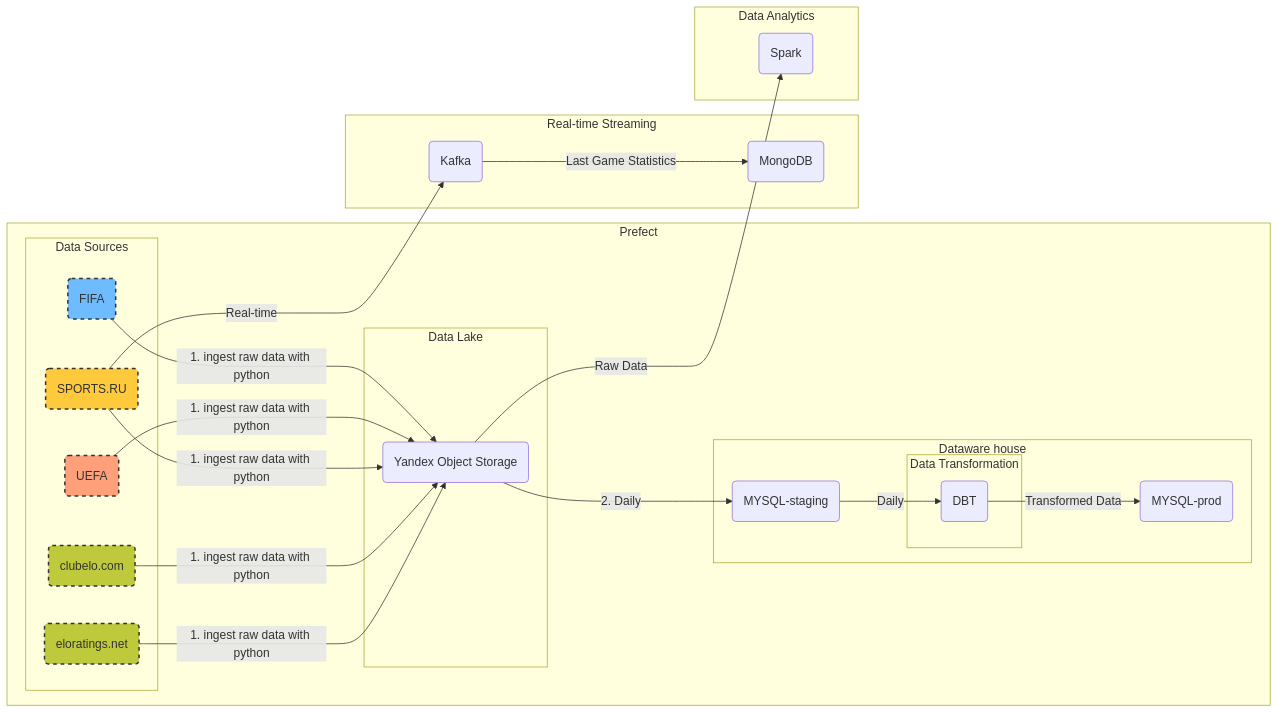
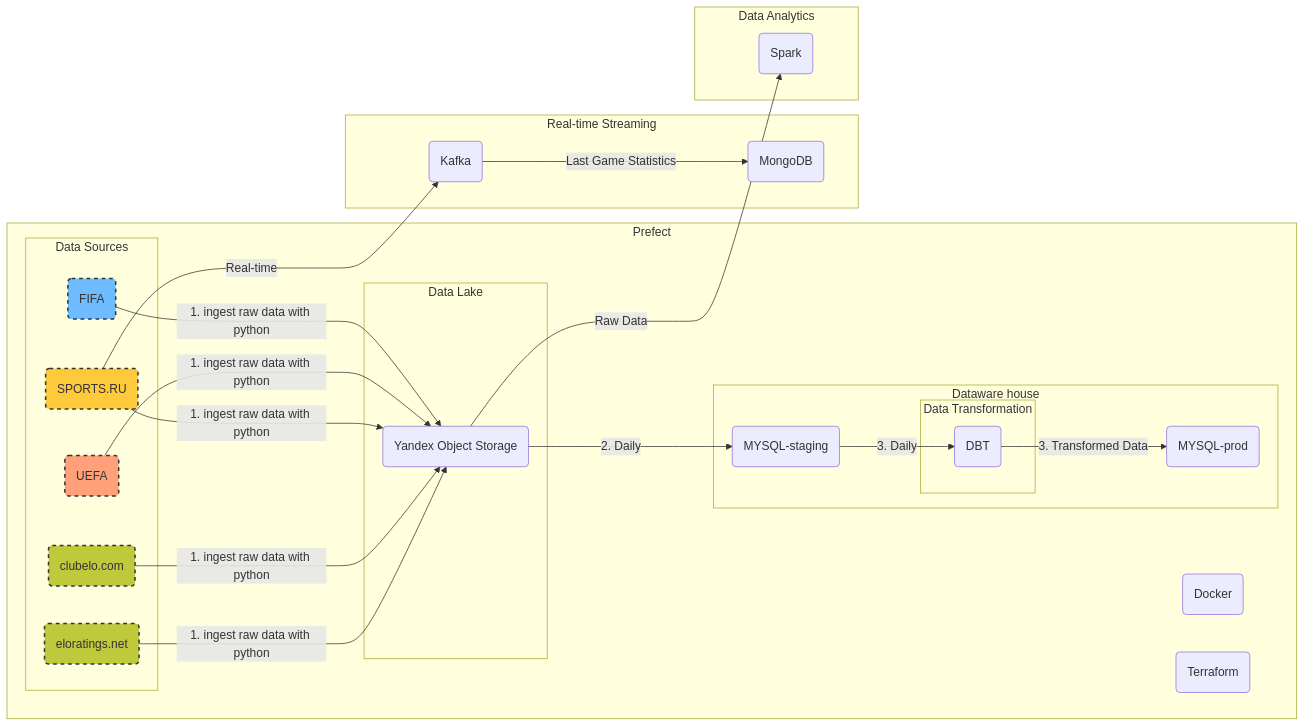
The first of 2 diagrams in README.md (DonaldWipper/Football-Tournaments-Data-Archive), drawn with Mermaid before and after one commit. The commit also changed other lines of this file and 11 other files, not shown here.

````diff
--- a/README.md
+++ b/README.md
@@ -54,56 +54,59 @@
 ```mermaid
 flowchart LR
 
 style A fill:#6ebcff,stroke:#333,stroke-width:2px,stroke-dasharray: 5, 5;
 style B fill:#ffa07a,stroke:#333,stroke-width:2px,stroke-dasharray: 5, 5;
 style C fill:#ffc93c,stroke:#333,stroke-width:2px,stroke-dasharray: 5, 5;
 style S fill:#bfc93c,stroke:#333,stroke-width:2px,stroke-dasharray: 5, 5;
 style Y fill:#bfc93c,stroke:#333,stroke-width:2px,stroke-dasharray: 5, 5;
 
 subgraph "Prefect"
+Z(Docker)
+X(Terraform)
 subgraph "Data Sources"
 A(FIFA)
 B(UEFA)
 C(SPORTS.RU)
 S(clubelo.com)
 Y(eloratings.net)
+
 end
 
 
 
     subgraph "Data Lake"
         E(Yandex Object Storage)
         
     end
 
     subgraph "Dataware house"
         F(MYSQL-staging)
         subgraph "Data Transformation"
         G(DBT)
         end
         L(MYSQL-prod)
     end
 end
 
 
 subgraph "Real-time Streaming"
 H(Kafka)
 I(MongoDB)
 end
 
 subgraph "Data Analytics"
 J(Spark)
 end
 
 A -- 1. ingest raw data with python--> E 
 B -- 1. ingest raw data with python--> E
 C -- 1. ingest raw data with python--> E
 S -- 1. ingest raw data with python--> E
 Y -- 1. ingest raw data with python--> E
 E -- 2. Daily --> F
-F -- Daily --> G
-G -- Transformed Data --> L
+F -- 3. Daily --> G
+G -- 3. Transformed Data --> L
 C -- Real-time --> H
 H -- Last Game Statistics  --> I
 E -- Raw Data --> J
 ```
````
